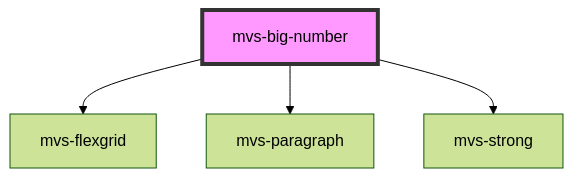
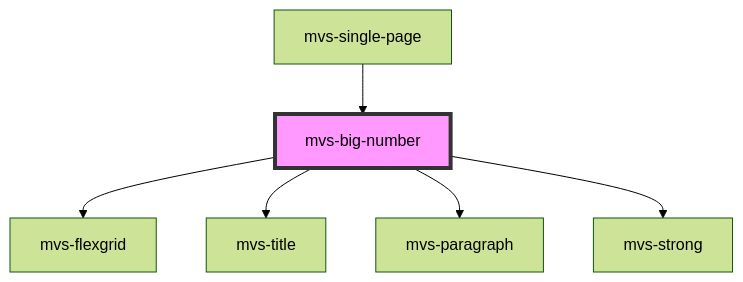
The diagram in src/components/layout/mvs-big-number/readme.md (rafaela-vairo/mvs-design-system), drawn with Mermaid (forest theme) before and after one commit. The commit also changed other lines of this file and 29 other files, not shown here.

````diff
--- a/src/components/layout/mvs-big-number/readme.md
+++ b/src/components/layout/mvs-big-number/readme.md
@@ -24,7 +29,9 @@
 ```mermaid
 graph TD;
   mvs-big-number --> mvs-flexgrid
+  mvs-big-number --> mvs-title
   mvs-big-number --> mvs-paragraph
   mvs-big-number --> mvs-strong
+  mvs-single-page --> mvs-big-number
   style mvs-big-number fill:#f9f,stroke:#333,stroke-width:4px
 ```
````
